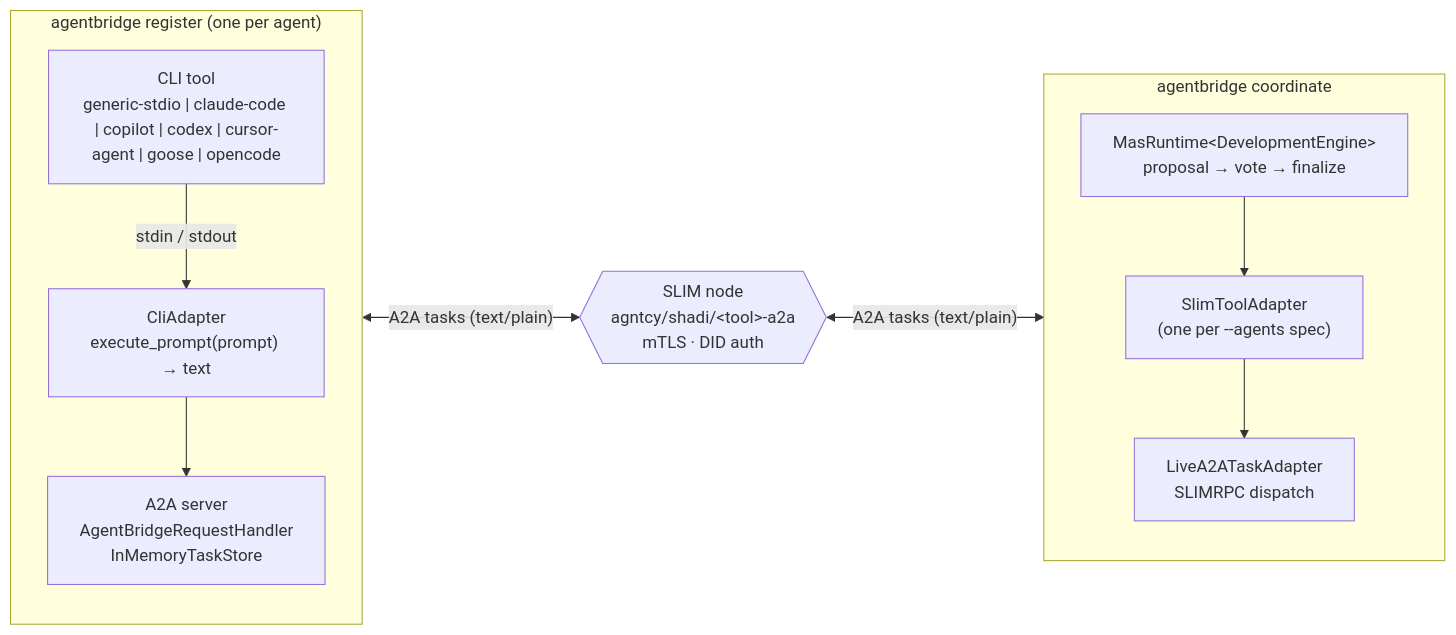
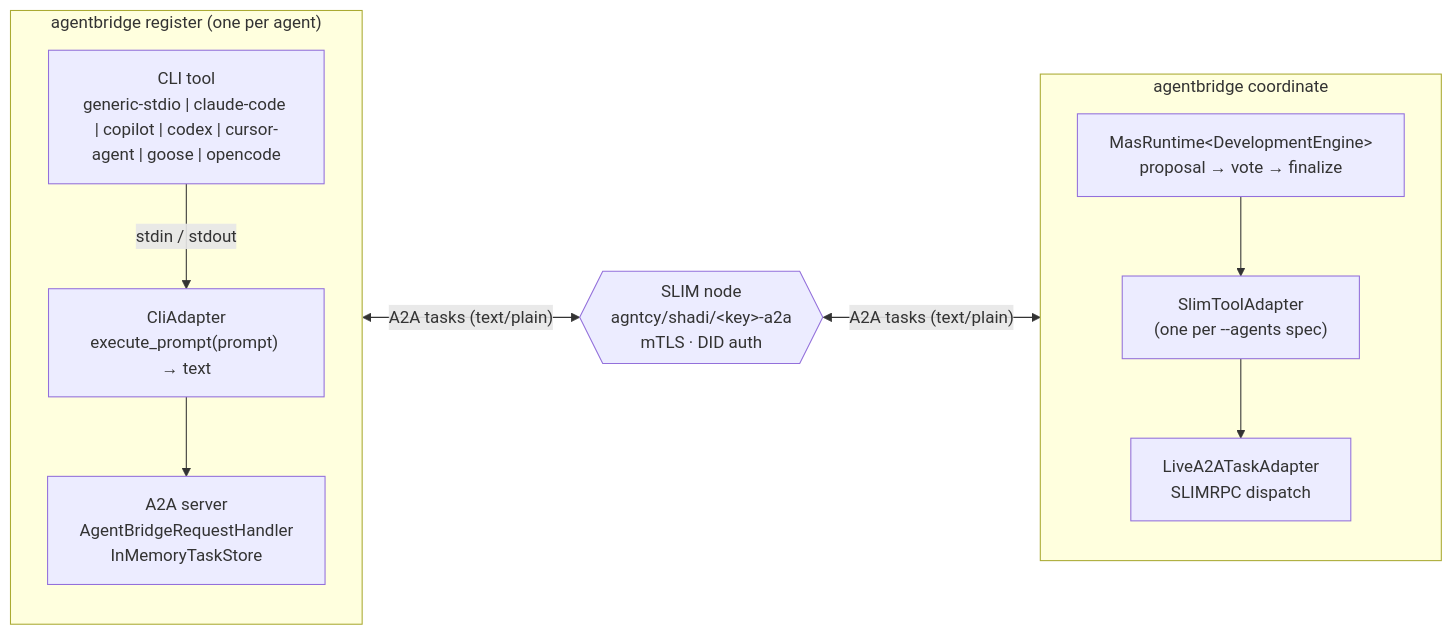
The first of 3 diagrams in docs/content/agentbridge.md (agntcy/shadi), drawn with Mermaid before and after one commit. The commit also changed other lines of this file and 10 other files, not shown here.

First line of the commit message:
feat(agentbridge): name a listener on SLIM after its did:key

````diff
--- a/docs/content/agentbridge.md
+++ b/docs/content/agentbridge.md
@@ -70,23 +70,23 @@
 ```mermaid
 flowchart LR
   subgraph reg["agentbridge register  (one per agent)"]
     direction TB
     tool["CLI tool\ngeneric-stdio | claude-code | copilot | codex | cursor-agent | goose | opencode"]
     ca["CliAdapter\nexecute_prompt(prompt) → text"]
     srv["A2A server\nAgentBridgeRequestHandler\nInMemoryTaskStore"]
     tool -- "stdin / stdout" --> ca --> srv
   end
 
-  slim{{"SLIM node\nagntcy/shadi/&lt;tool&gt;-a2a\nmTLS · DID auth"}}
+  slim{{"SLIM node\nagntcy/shadi/&lt;key&gt;-a2a\nmTLS · DID auth"}}
 
   subgraph coord["agentbridge coordinate"]
     direction TB
     mas["MasRuntime&lt;DevelopmentEngine&gt;\nproposal → vote → finalize"]
     sta["SlimToolAdapter\n(one per --agents spec)"]
     laa["LiveA2ATaskAdapter\nSLIMRPC dispatch"]
     mas --> sta --> laa
   end
 
   srv <-- "A2A tasks  (text/plain)" --> slim
   slim <-- "A2A tasks  (text/plain)" --> laa
 ```
````
